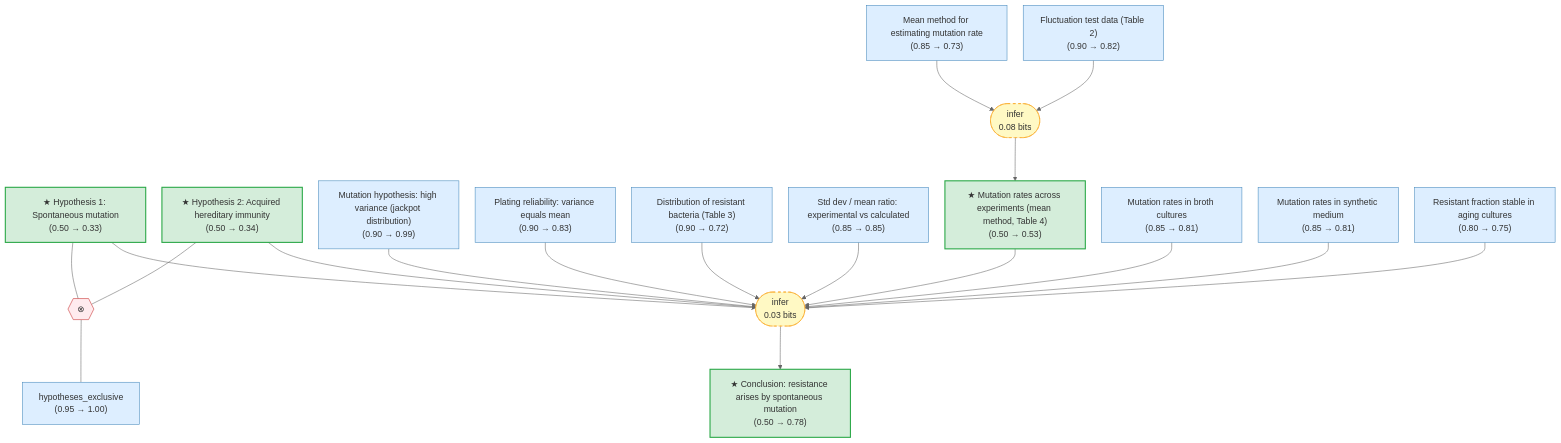
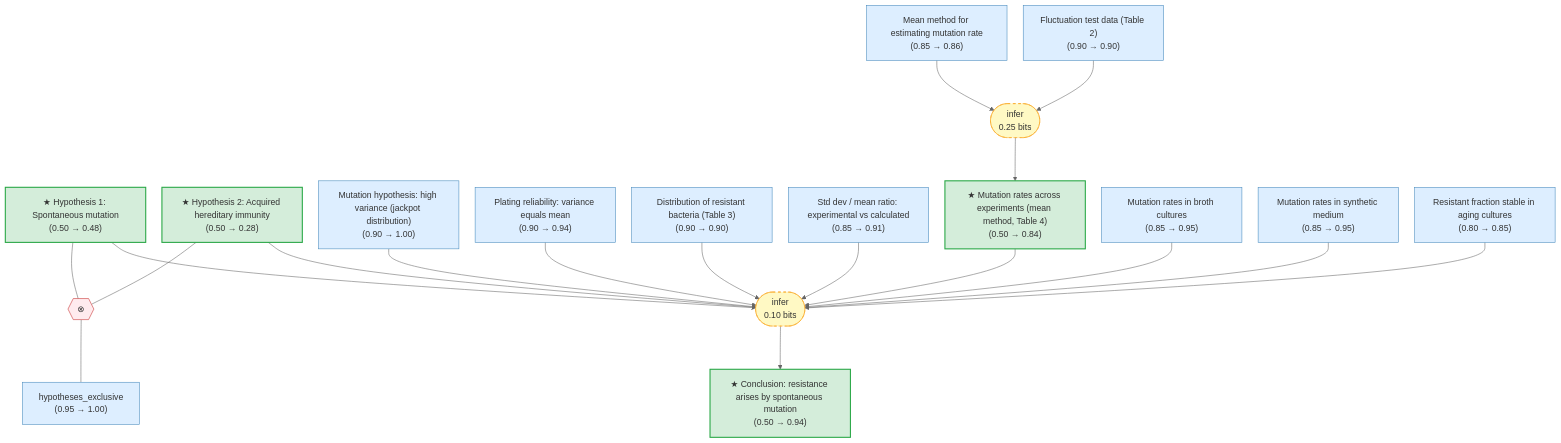
One commit to kunyuan/luria-delbruck-fluctuation-gaia changed the diagram in README.md. Above: the diagram before and after it, drawn with Mermaid (neutral theme). The commit also changed other lines of this file and 1 other file, not shown here.

````diff
--- a/README.md
+++ b/README.md
@@ -22,48 +22,48 @@
 ```mermaid
 ---
 config:
   flowchart:
     rankSpacing: 80
     nodeSpacing: 30
 ---
 graph TB
-    hypothesis_mutation["★ Hypothesis 1: Spontaneous mutation\n(0.50 → 0.33)"]:::exported
-    hypothesis_acquired_immunity["★ Hypothesis 2: Acquired hereditary immunity\n(0.50 → 0.34)"]:::exported
-    mutation_high_variance["Mutation hypothesis: high variance (jackpot distribution)\n(0.90 → 0.99)"]:::premise
-    mean_method_mutation_rate["Mean method for estimating mutation rate\n(0.85 → 0.73)"]:::premise
-    plating_variance_equals_mean["Plating reliability: variance equals mean\n(0.90 → 0.83)"]:::premise
-    fluctuation_data_table2["Fluctuation test data (Table 2)\n(0.90 → 0.82)"]:::premise
-    fluctuation_data_table3["Distribution of resistant bacteria (Table 3)\n(0.90 → 0.72)"]:::premise
-    experimental_std_dev_ratio["Std dev / mean ratio: experimental vs calculated\n(0.85 → 0.85)"]:::premise
-    mutation_rate_mean_method["★ Mutation rates across experiments (mean method, Table 4)\n(0.50 → 0.53)"]:::exported
-    obs_broth_rate["Mutation rates in broth cultures\n(0.85 → 0.81)"]:::premise
-    obs_synth_rate["Mutation rates in synthetic medium\n(0.85 → 0.81)"]:::premise
-    resistance_is_heritable_mutation["★ Conclusion: resistance arises by spontaneous mutation\n(0.50 → 0.78)"]:::exported
-    aging_cultures_constant_fraction["Resistant fraction stable in aging cultures\n(0.80 → 0.75)"]:::premise
+    hypothesis_mutation["★ Hypothesis 1: Spontaneous mutation\n(0.50 → 0.48)"]:::exported
+    hypothesis_acquired_immunity["★ Hypothesis 2: Acquired hereditary immunity\n(0.50 → 0.28)"]:::exported
+    mutation_high_variance["Mutation hypothesis: high variance (jackpot distribution)\n(0.90 → 1.00)"]:::premise
+    mean_method_mutation_rate["Mean method for estimating mutation rate\n(0.85 → 0.86)"]:::premise
+    plating_variance_equals_mean["Plating reliability: variance equals mean\n(0.90 → 0.94)"]:::premise
+    fluctuation_data_table2["Fluctuation test data (Table 2)\n(0.90 → 0.90)"]:::premise
+    fluctuation_data_table3["Distribution of resistant bacteria (Table 3)\n(0.90 → 0.90)"]:::premise
+    experimental_std_dev_ratio["Std dev / mean ratio: experimental vs calculated\n(0.85 → 0.91)"]:::premise
+    mutation_rate_mean_method["★ Mutation rates across experiments (mean method, Table 4)\n(0.50 → 0.84)"]:::exported
+    obs_broth_rate["Mutation rates in broth cultures\n(0.85 → 0.95)"]:::premise
+    obs_synth_rate["Mutation rates in synthetic medium\n(0.85 → 0.95)"]:::premise
+    resistance_is_heritable_mutation["★ Conclusion: resistance arises by spontaneous mutation\n(0.50 → 0.94)"]:::exported
+    aging_cultures_constant_fraction["Resistant fraction stable in aging cultures\n(0.80 → 0.85)"]:::premise
     hypotheses_exclusive["hypotheses_exclusive\n(0.95 → 1.00)"]:::premise
-    strat_0(["infer\n0.03 bits"]):::weak
+    strat_0(["infer\n0.10 bits"]):::weak
     aging_cultures_constant_fraction --> strat_0
     experimental_std_dev_ratio --> strat_0
     fluctuation_data_table3 --> strat_0
     hypothesis_acquired_immunity --> strat_0
     hypothesis_mutation --> strat_0
     mutation_high_variance --> strat_0
     mutation_rate_mean_method --> strat_0
     obs_broth_rate --> strat_0
     obs_synth_rate --> strat_0
     plating_variance_equals_mean --> strat_0
     strat_0 --> resistance_is_heritable_mutation
-    strat_1(["infer\n0.08 bits"]):::weak
+    strat_1(["infer\n0.25 bits"]):::weak
     fluctuation_data_table2 --> strat_1
     mean_method_mutation_rate --> strat_1
     strat_1 --> mutation_rate_mean_method
     oper_0{{"⊗"}}:::contra
     hypothesis_mutation --- oper_0
     hypothesis_acquired_immunity --- oper_0
     oper_0 --- hypotheses_exclusive
 
     classDef premise fill:#ddeeff,stroke:#4488bb,color:#333
     classDef exported fill:#d4edda,stroke:#28a745,stroke-width:2px,color:#333
     classDef weak fill:#fff9c4,stroke:#f9a825,stroke-dasharray: 5 5,color:#333
     classDef contra fill:#ffebee,stroke:#c62828,color:#333
 ```
````
